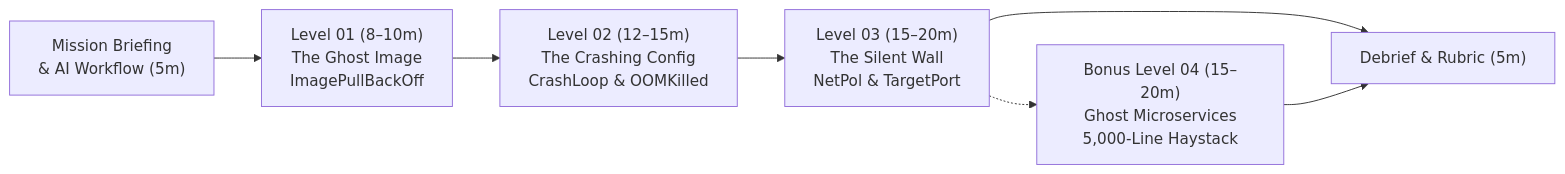
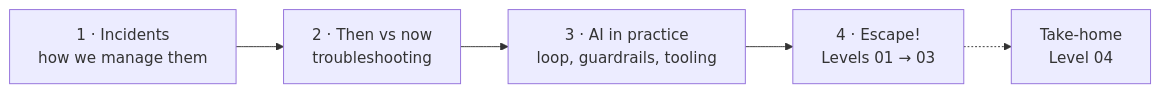
The first of 2 diagrams in docs/presentation/slides.md (unai-ttxu/kubernetes-escape-room), drawn with Mermaid before and after one commit. The commit also changed other lines of this file and 11 other files, not shown here.

````diff
--- a/docs/presentation/slides.md
+++ b/docs/presentation/slides.md
@@ -34,9 +38,7 @@
 ```mermaid
 flowchart LR
-  B["Mission Briefing<br/>& AI Workflow (5m)"] --> L1["Level 01 (8–10m)<br/>The Ghost Image<br/>ImagePullBackOff"]
-  L1 --> L2["Level 02 (12–15m)<br/>The Crashing Config<br/>CrashLoop & OOMKilled"]
-  L2 --> L3["Level 03 (15–20m)<br/>The Silent Wall<br/>NetPol & TargetPort"]
-  L3 -.-> L4["Bonus Level 04 (15–20m)<br/>Ghost Microservices<br/>5,000-Line Haystack"]
-  L3 --> D["Debrief & Rubric (5m)"]
-  L4 --> D
+  A["1 · Incidents<br/>how we manage them"] --> B["2 · Then vs now<br/>troubleshooting"]
+  B --> C["3 · AI in practice<br/>loop, guardrails, tooling"]
+  C --> D["4 · Escape!<br/>Levels 01 → 03"]
+  D -.-> E["Take-home<br/>Level 04"]
 ```
````
